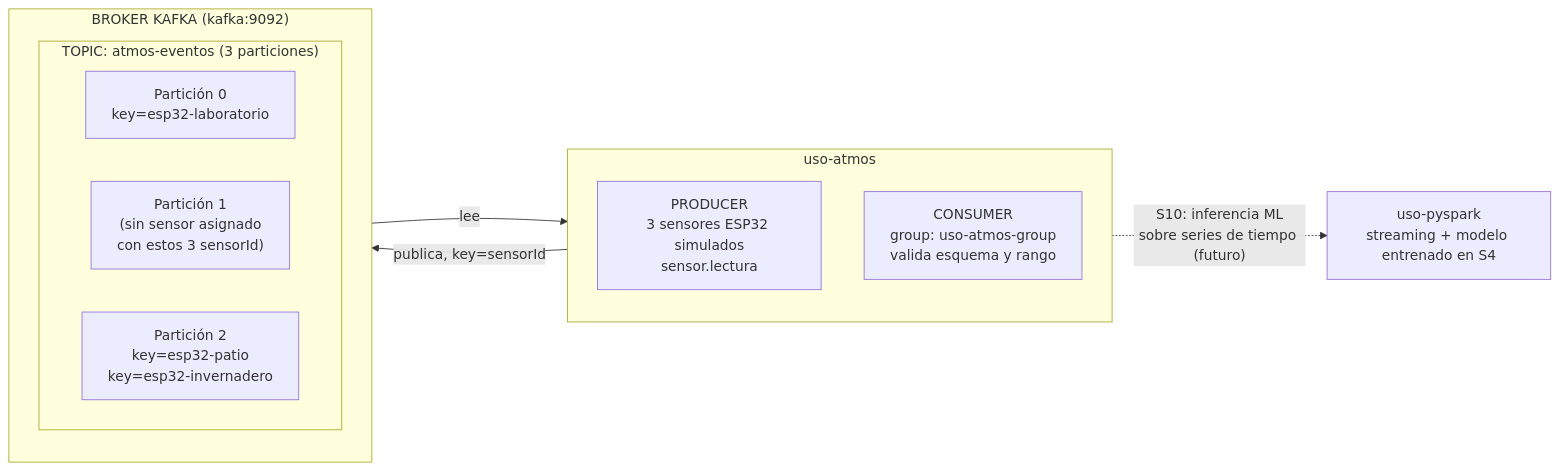
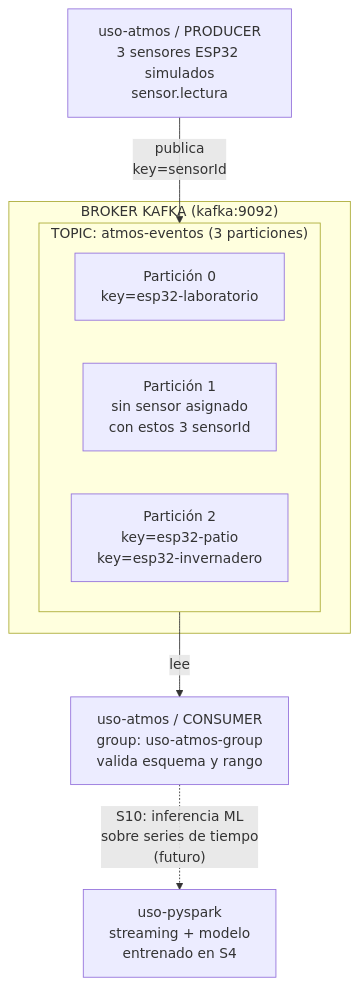
One commit to 262bigdata/lambda26 changed the second of 3 diagrams in docs/sesiones/S07_Ingesta_Eventos_IoT_Sensores_Tiempo_Real.md. Above: the diagram before and after it, drawn with Mermaid. The commit also changed other lines of this file, not shown here.

````diff
--- a/docs/sesiones/S07_Ingesta_Eventos_IoT_Sensores_Tiempo_Real.md
+++ b/docs/sesiones/S07_Ingesta_Eventos_IoT_Sensores_Tiempo_Real.md
@@ -96,21 +96,20 @@
 ```mermaid
-flowchart LR
-    subgraph UsoAtmos["uso-atmos"]
-        direction TB
-        Producer["PRODUCER<br/>3 sensores ESP32 simulados<br/>sensor.lectura"]
-        Consumer["CONSUMER<br/>group: uso-atmos-group<br/>valida esquema y rango"]
-    end
+flowchart TB
+    Producer["uso-atmos / PRODUCER<br/>3 sensores ESP32 simulados<br/>sensor.lectura"]
 
     subgraph KafkaAtmos["BROKER KAFKA (kafka:9092)"]
-        direction TB
         subgraph AtmosTopic["TOPIC: atmos-eventos (3 particiones)"]
+            direction LR
             P0["Partición 0<br/>key=esp32-laboratorio"]
-            P1["Partición 1<br/>(sin sensor asignado<br/>con estos 3 sensorId)"]
+            P1["Partición 1<br/>sin sensor asignado<br/>con estos 3 sensorId"]
             P2["Partición 2<br/>key=esp32-patio<br/>key=esp32-invernadero"]
         end
     end
 
-    Producer -->|"publica, key=sensorId"| AtmosTopic
+    Consumer["uso-atmos / CONSUMER<br/>group: uso-atmos-group<br/>valida esquema y rango"]
+    Futuro["uso-pyspark<br/>streaming + modelo<br/>entrenado en S4"]
+
+    Producer -->|"publica<br/>key=sensorId"| AtmosTopic
     AtmosTopic -->|"lee"| Consumer
-    Consumer -.->|"S10: inferencia ML<br/>sobre series de tiempo (futuro)"| Futuro["uso-pyspark<br/>streaming + modelo entrenado en S4"]
+    Consumer -.->|"S10: inferencia ML<br/>sobre series de tiempo<br/>(futuro)"| Futuro
 ```
````
